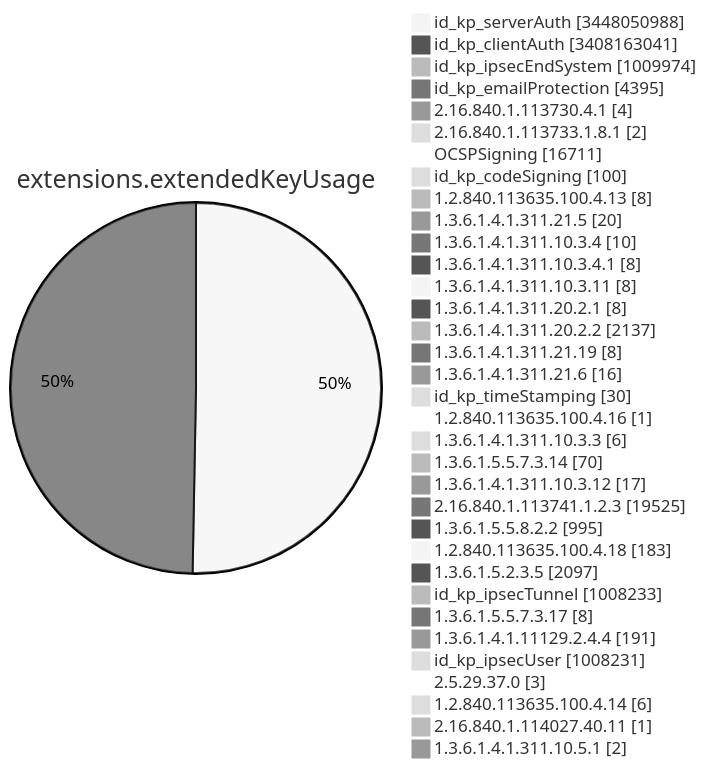
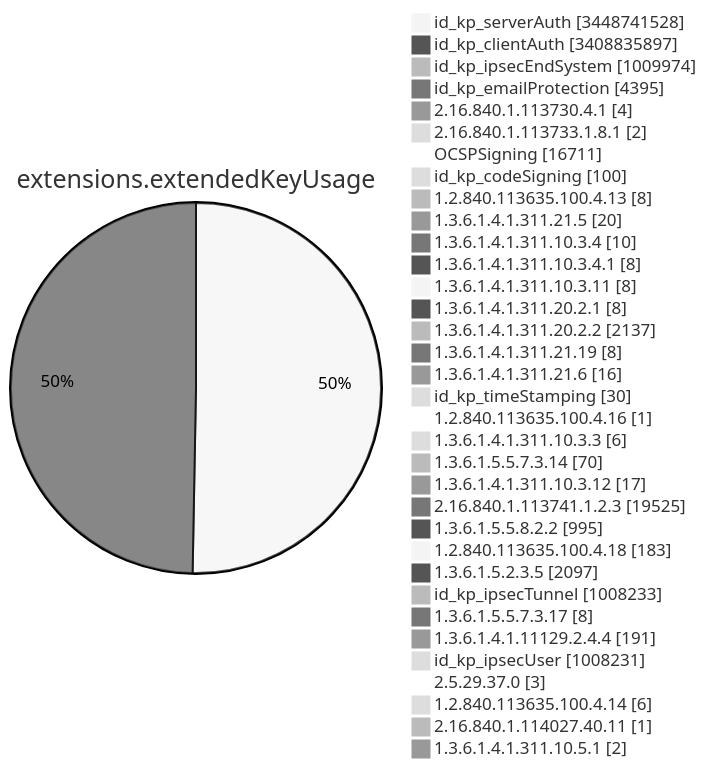
Diagram 11 of 15 in TOTAL/README.md (christiankrug/ctmonitor_visualization), drawn with Mermaid (neutral theme) before and after one commit. The commit also changed other lines of this file, not shown here.

````diff
--- a/TOTAL/README.md
+++ b/TOTAL/README.md
@@ -4123,38 +4123,38 @@
 ```mermaid
 pie showData
 title extensions.extendedKeyUsage
-"id_kp_serverAuth" :3448050988
-"id_kp_clientAuth" :3408163041
+"id_kp_serverAuth" :3448741528
+"id_kp_clientAuth" :3408835897
 "id_kp_ipsecEndSystem" :1009974
 "id_kp_emailProtection" :4395
 "2.16.840.1.113730.4.1" :4
 "2.16.840.1.113733.1.8.1" :2
 "OCSPSigning" :16711
 "id_kp_codeSigning" :100
 "1.2.840.113635.100.4.13" :8
 "1.3.6.1.4.1.311.21.5" :20
 "1.3.6.1.4.1.311.10.3.4" :10
 "1.3.6.1.4.1.311.10.3.4.1" :8
 "1.3.6.1.4.1.311.10.3.11" :8
 "1.3.6.1.4.1.311.20.2.1" :8
 "1.3.6.1.4.1.311.20.2.2" :2137
 "1.3.6.1.4.1.311.21.19" :8
 "1.3.6.1.4.1.311.21.6" :16
 "id_kp_timeStamping" :30
 "1.2.840.113635.100.4.16" :1
 "1.3.6.1.4.1.311.10.3.3" :6
 "1.3.6.1.5.5.7.3.14" :70
 "1.3.6.1.4.1.311.10.3.12" :17
 "2.16.840.1.113741.1.2.3" :19525
 "1.3.6.1.5.5.8.2.2" :995
 "1.2.840.113635.100.4.18" :183
 "1.3.6.1.5.2.3.5" :2097
 "id_kp_ipsecTunnel" :1008233
 "1.3.6.1.5.5.7.3.17" :8
 "1.3.6.1.4.1.11129.2.4.4" :191
 "id_kp_ipsecUser" :1008231
 "2.5.29.37.0" :3
 "1.2.840.113635.100.4.14" :6
 "2.16.840.1.114027.40.11" :1
 "1.3.6.1.4.1.311.10.5.1" :2
 ```
````
